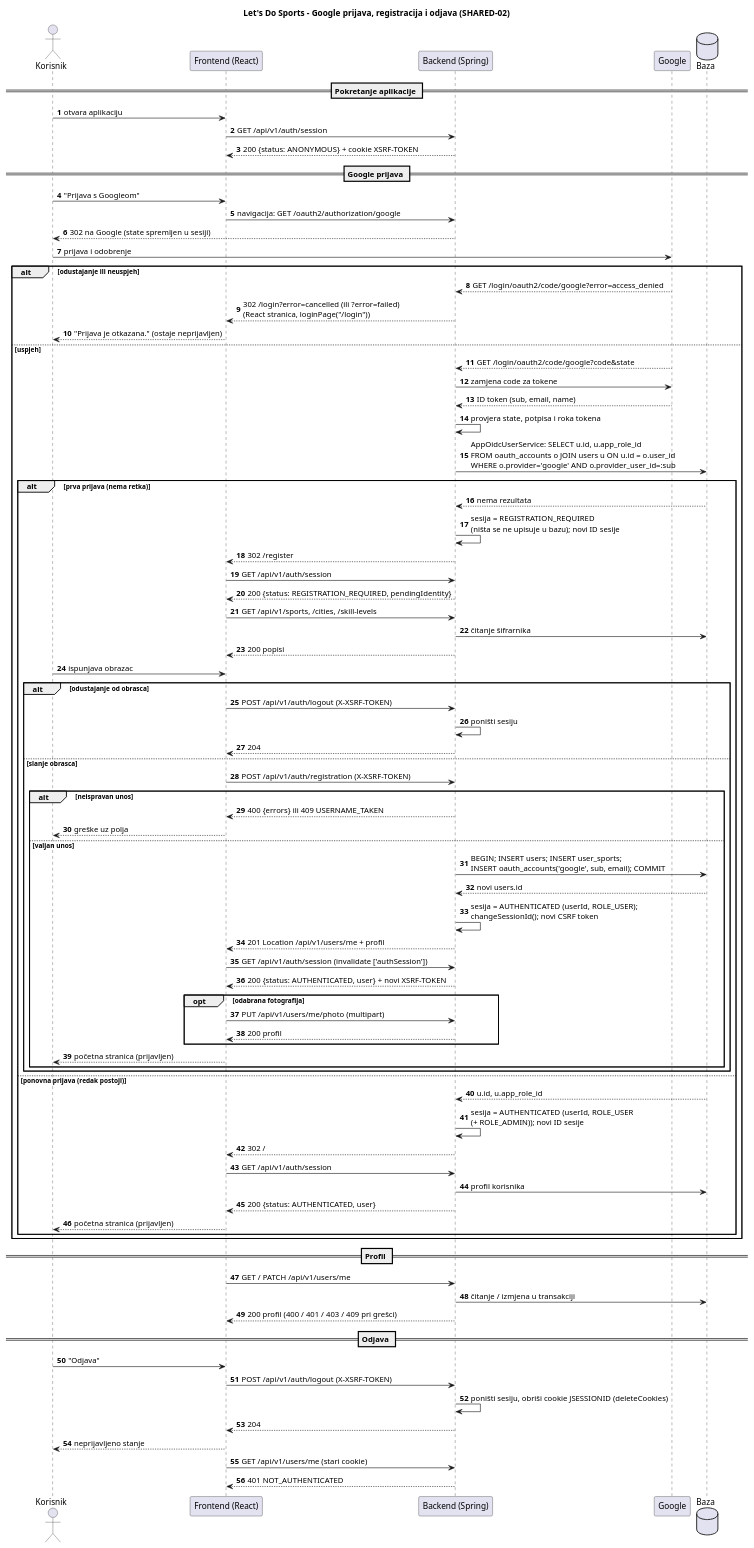
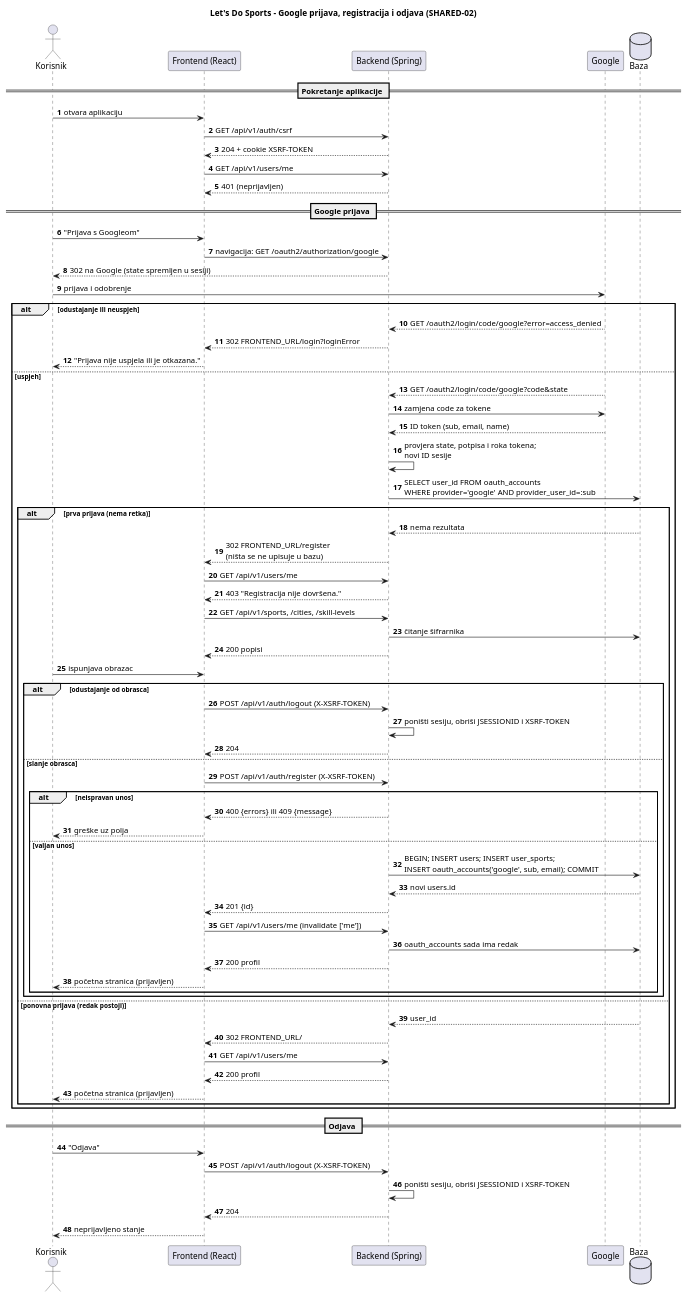
Before and after one commit to MKos-FER/progi_projekt: the diagram in docs/puml/auth-tijek.puml, drawn with PlantUML. The commit also changed 2 other files, not shown here.

```diff
--- a/docs/puml/auth-tijek.puml
+++ b/docs/puml/auth-tijek.puml
@@ -1,88 +1,76 @@
 @startuml
 title Let's Do Sports - Google prijava, registracija i odjava (SHARED-02)
 
 autonumber
 actor Korisnik
 participant "Frontend (React)" as FE
 participant "Backend (Spring)" as BE
 participant Google
 database Baza
 
 == Pokretanje aplikacije ==
 Korisnik -> FE : otvara aplikaciju
-FE -> BE : GET /api/v1/auth/session
-BE --> FE : 200 {status: ANONYMOUS} + cookie XSRF-TOKEN
+FE -> BE : GET /api/v1/auth/csrf
+BE --> FE : 204 + cookie XSRF-TOKEN
+FE -> BE : GET /api/v1/users/me
+BE --> FE : 401 (neprijavljen)
 
 == Google prijava ==
 Korisnik -> FE : "Prijava s Googleom"
 FE -> BE : navigacija: GET /oauth2/authorization/google
 BE --> Korisnik : 302 na Google (state spremljen u sesiji)
 Korisnik -> Google : prijava i odobrenje
 alt odustajanje ili neuspjeh
-  Google --> BE : GET /login/oauth2/code/google?error=access_denied
-  BE --> FE : 302 /login?error=cancelled (ili ?error=failed)\n(React stranica, loginPage("/login"))
-  FE --> Korisnik : "Prijava je otkazana." (ostaje neprijavljen)
+  Google --> BE : GET /oauth2/login/code/google?error=access_denied
+  BE --> FE : 302 FRONTEND_URL/login?loginError
+  FE --> Korisnik : "Prijava nije uspjela ili je otkazana."
 else uspjeh
-  Google --> BE : GET /login/oauth2/code/google?code&state
+  Google --> BE : GET /oauth2/login/code/google?code&state
   BE -> Google : zamjena code za tokene
   Google --> BE : ID token (sub, email, name)
-  BE -> BE : provjera state, potpisa i roka tokena
-  BE -> Baza : AppOidcUserService: SELECT u.id, u.app_role_id\nFROM oauth_accounts o JOIN users u ON u.id = o.user_id\nWHERE o.provider='google' AND o.provider_user_id=:sub
+  BE -> BE : provjera state, potpisa i roka tokena;\nnovi ID sesije
+  BE -> Baza : SELECT user_id FROM oauth_accounts\nWHERE provider='google' AND provider_user_id=:sub
   alt prva prijava (nema retka)
     Baza --> BE : nema rezultata
-    BE -> BE : sesija = REGISTRATION_REQUIRED\n(ništa se ne upisuje u bazu); novi ID sesije
-    BE --> FE : 302 /register
-    FE -> BE : GET /api/v1/auth/session
-    BE --> FE : 200 {status: REGISTRATION_REQUIRED, pendingIdentity}
+    BE --> FE : 302 FRONTEND_URL/register\n(ništa se ne upisuje u bazu)
+    FE -> BE : GET /api/v1/users/me
+    BE --> FE : 403 "Registracija nije dovršena."
     FE -> BE : GET /api/v1/sports, /cities, /skill-levels
     BE -> Baza : čitanje šifrarnika
     BE --> FE : 200 popisi
     Korisnik -> FE : ispunjava obrazac
     alt odustajanje od obrasca
       FE -> BE : POST /api/v1/auth/logout (X-XSRF-TOKEN)
-      BE -> BE : poništi sesiju
+      BE -> BE : poništi sesiju, obriši JSESSIONID i XSRF-TOKEN
       BE --> FE : 204
     else slanje obrasca
-      FE -> BE : POST /api/v1/auth/registration (X-XSRF-TOKEN)
+      FE -> BE : POST /api/v1/auth/register (X-XSRF-TOKEN)
       alt neispravan unos
-        BE --> FE : 400 {errors} ili 409 USERNAME_TAKEN
+        BE --> FE : 400 {errors} ili 409 {message}
         FE --> Korisnik : greške uz polja
       else valjan unos
         BE -> Baza : BEGIN; INSERT users; INSERT user_sports;\nINSERT oauth_accounts('google', sub, email); COMMIT
         Baza --> BE : novi users.id
-        BE -> BE : sesija = AUTHENTICATED (userId, ROLE_USER);\nchangeSessionId(); novi CSRF token
-        BE --> FE : 201 Location /api/v1/users/me + profil
-        FE -> BE : GET /api/v1/auth/session (invalidate ['authSession'])
-        BE --> FE : 200 {status: AUTHENTICATED, user} + novi XSRF-TOKEN
-        opt odabrana fotografija
-          FE -> BE : PUT /api/v1/users/me/photo (multipart)
-          BE --> FE : 200 profil
-        end
+        BE --> FE : 201 {id}
+        FE -> BE : GET /api/v1/users/me (invalidate ['me'])
+        BE -> Baza : oauth_accounts sada ima redak
+        BE --> FE : 200 profil
         FE --> Korisnik : početna stranica (prijavljen)
       end
     end
   else ponovna prijava (redak postoji)
-    Baza --> BE : u.id, u.app_role_id
-    BE -> BE : sesija = AUTHENTICATED (userId, ROLE_USER\n(+ ROLE_ADMIN)); novi ID sesije
-    BE --> FE : 302 /
-    FE -> BE : GET /api/v1/auth/session
-    BE -> Baza : profil korisnika
-    BE --> FE : 200 {status: AUTHENTICATED, user}
+    Baza --> BE : user_id
+    BE --> FE : 302 FRONTEND_URL/
+    FE -> BE : GET /api/v1/users/me
+    BE --> FE : 200 profil
     FE --> Korisnik : početna stranica (prijavljen)
   end
 end
 
-== Profil ==
-FE -> BE : GET / PATCH /api/v1/users/me
-BE -> Baza : čitanje / izmjena u transakciji
-BE --> FE : 200 profil (400 / 401 / 403 / 409 pri grešci)
-
 == Odjava ==
 Korisnik -> FE : "Odjava"
 FE -> BE : POST /api/v1/auth/logout (X-XSRF-TOKEN)
-BE -> BE : poništi sesiju, obriši cookie JSESSIONID (deleteCookies)
+BE -> BE : poništi sesiju, obriši JSESSIONID i XSRF-TOKEN
 BE --> FE : 204
 FE --> Korisnik : neprijavljeno stanje
-FE -> BE : GET /api/v1/users/me (stari cookie)
-BE --> FE : 401 NOT_AUTHENTICATED
 @enduml
```
